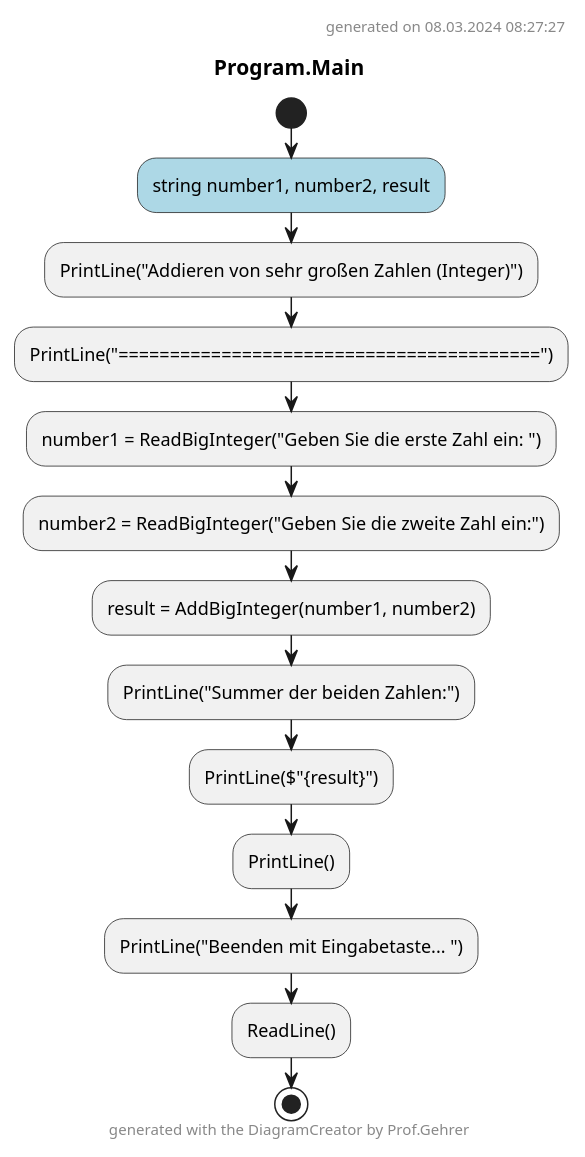
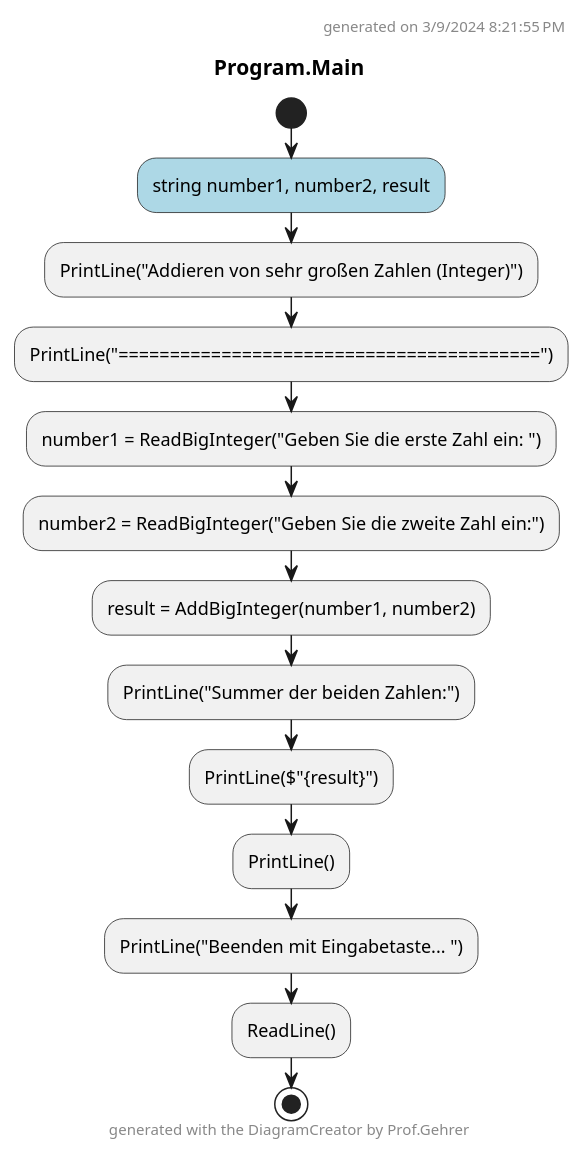
The diagram in BigInteger.ConApp/Diagrams/ac_Program_Main.puml (leoggehrer/2324-34_ABIF_ACIF_POSE), drawn with PlantUML before and after one commit. The commit also changed 204 other files, not shown here.

Commit message:
Created activity diagrams.

```diff
--- a/BigInteger.ConApp/Diagrams/ac_Program_Main.puml
+++ b/BigInteger.ConApp/Diagrams/ac_Program_Main.puml
@@ -1,22 +1,22 @@
 @startuml Program.Main
 header
-generated on 08.03.2024 08:27:27
+generated on 3/9/2024 8:21:55 PM
 end header
 title Program.Main
 start
 #LightBlue:string number1, number2, result;
 :PrintLine("Addieren von sehr großen Zahlen (Integer)");
 :PrintLine("=========================================");
 :number1 = ReadBigInteger("Geben Sie die erste Zahl ein: ");
 :number2 = ReadBigInteger("Geben Sie die zweite Zahl ein:");
 :result = AddBigInteger(number1, number2);
 :PrintLine("Summer der beiden Zahlen:");
 :PrintLine($"{result}");
 :PrintLine();
 :PrintLine("Beenden mit Eingabetaste... ");
 :ReadLine();
 footer
 generated with the DiagramCreator by Prof.Gehrer
 end footer
 stop
 @enduml
```
